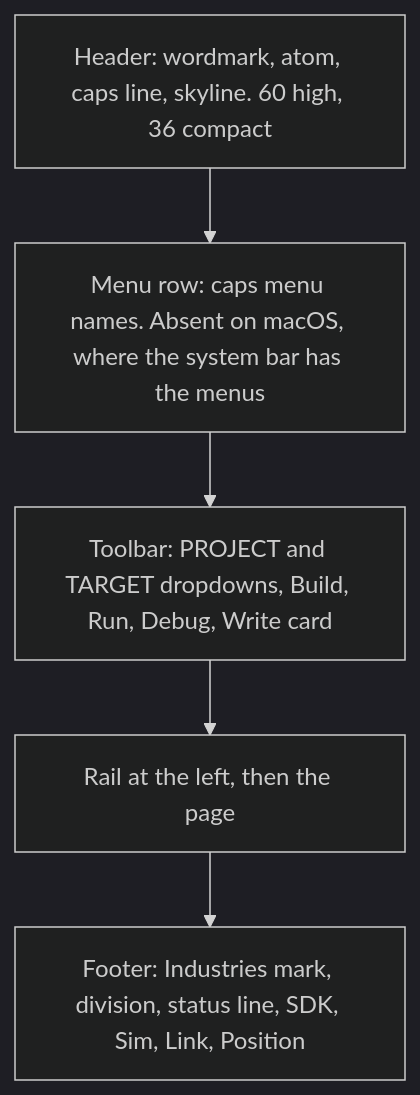
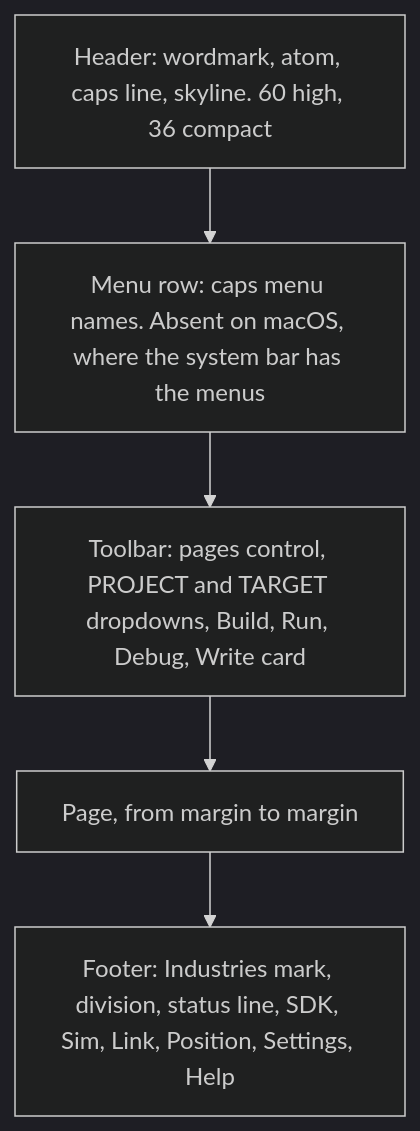
Before and after one commit to RobCo-Industries/RobCo-Studio: the fifth of 5 diagrams in docs/ARCHITECTURE.md, drawn with Mermaid (dark theme). The commit also changed other lines of this file and 2 other files, not shown here.

Commit message:
Describe the pages control in place of the rail

````diff
--- a/docs/ARCHITECTURE.md
+++ b/docs/ARCHITECTURE.md
@@ -160,9 +160,9 @@
 ```mermaid
 flowchart TB
     H["Header: wordmark, atom, caps line, skyline. 60 high, 36 compact"]
     M["Menu row: caps menu names. Absent on macOS, where the system bar has the menus"]
-    T["Toolbar: PROJECT and TARGET dropdowns, Build, Run, Debug, Write card"]
-    P["Rail at the left, then the page"]
-    F["Footer: Industries mark, division, status line, SDK, Sim, Link, Position"]
+    T["Toolbar: pages control, PROJECT and TARGET dropdowns, Build, Run, Debug, Write card"]
+    P["Page, from margin to margin"]
+    F["Footer: Industries mark, division, status line, SDK, Sim, Link, Position, Settings, Help"]
     H --> M --> T --> P --> F
 ```
````
